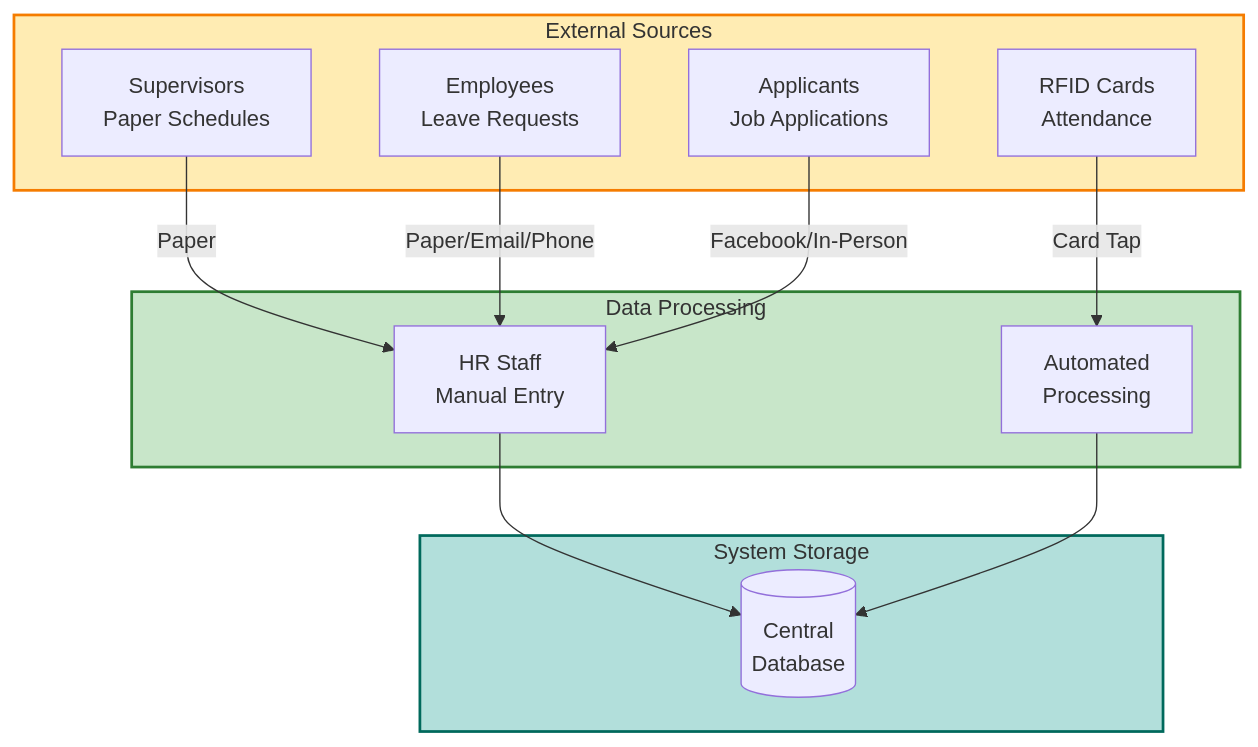
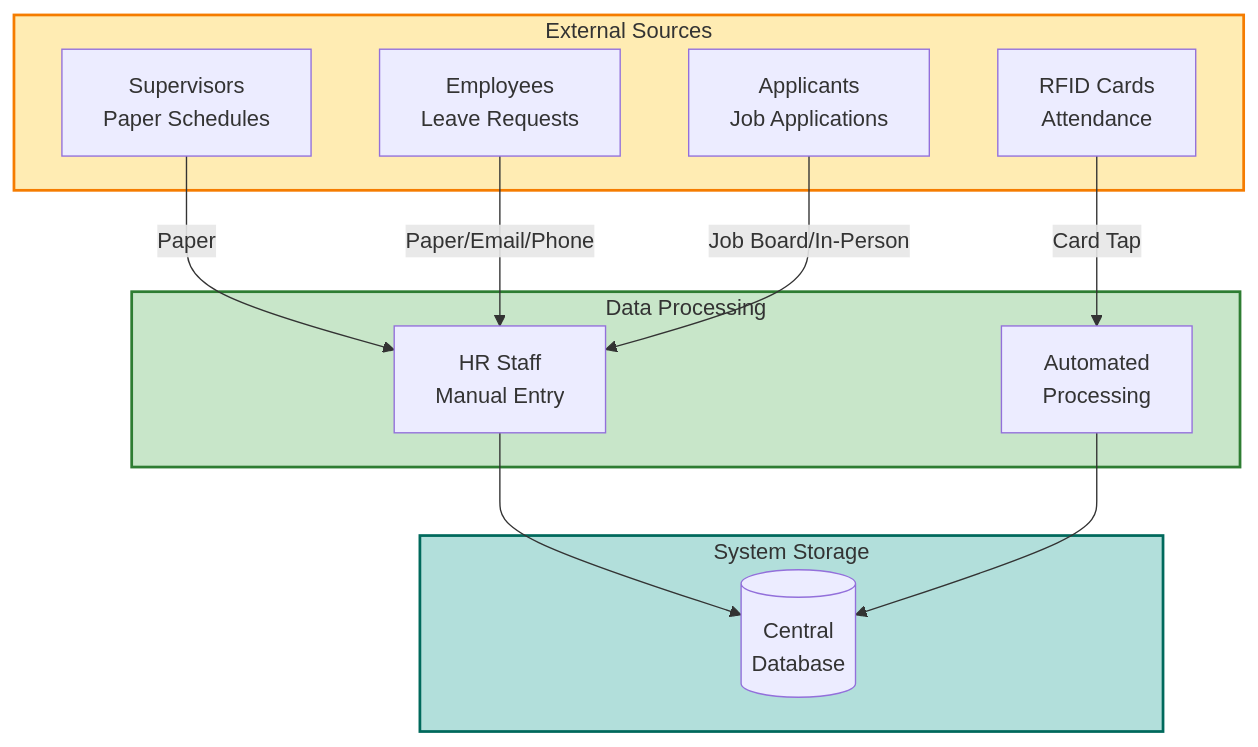
The sixth of 8 diagrams in docs/workflows/00-system-overview.md (cap-bato/cameco), drawn with Mermaid before and after one commit.

Commit message:
Update system overview documentation with new content

````diff
--- a/docs/workflows/00-system-overview.md
+++ b/docs/workflows/00-system-overview.md
@@ -327,30 +327,30 @@
 ```mermaid
 graph TB
     subgraph External["External Sources"]
         Super[Supervisors<br/>Paper Schedules]
         Emp[Employees<br/>Leave Requests]
         Apps[Applicants<br/>Job Applications]
         RFID[RFID Cards<br/>Attendance]
     end
     
     subgraph Processing["Data Processing"]
         HREntry[HR Staff<br/>Manual Entry]
         AutoProcess[Automated<br/>Processing]
     end
     
     subgraph Storage["System Storage"]
         Database[(Central<br/>Database)]
     end
     
     Super -->|Paper| HREntry
     Emp -->|Paper/Email/Phone| HREntry
-    Apps -->|Facebook/In-Person| HREntry
+    Apps -->|Job Board/In-Person| HREntry
     RFID -->|Card Tap| AutoProcess
     
     HREntry --> Database
     AutoProcess --> Database
     
     style External fill:#ffecb3,stroke:#f57c00,stroke-width:2px
     style Processing fill:#c8e6c9,stroke:#2e7d32,stroke-width:2px
     style Storage fill:#b2dfdb,stroke:#00695c,stroke-width:2px
 ```
````
